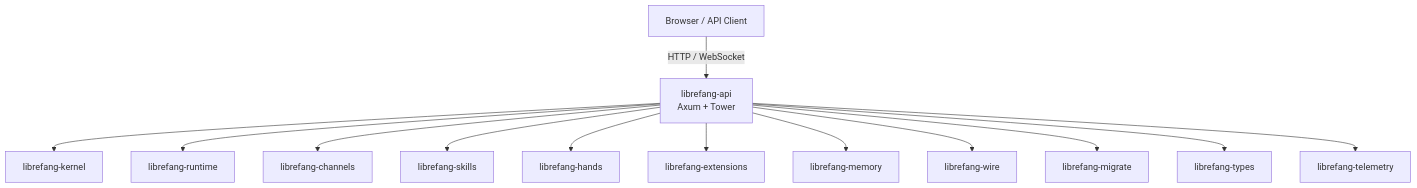
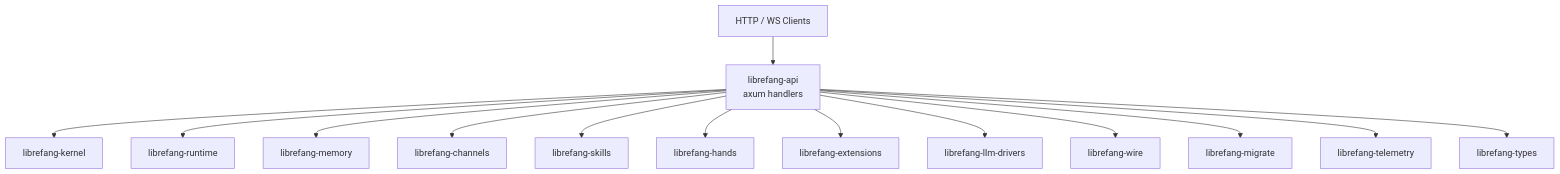
One commit to leszek3737/librefang-WIki changed the diagram in other-librefang-api.md. Above: the diagram before and after it, drawn with Mermaid. The commit also changed other lines of this file and 94 other files, not shown here.

````diff
--- a/other-librefang-api.md
+++ b/other-librefang-api.md
@@ -9,17 +11,16 @@
 ```mermaid
 graph TD
-    Client[Browser / API Client]
-    API[librefang-api<br/>Axum + Tower]
-    Client -->|HTTP / WebSocket| API
-    API --> KT[librefang-kernel]
-    API --> RT[librefang-runtime]
-    API --> CH[librefang-channels]
-    API --> SK[librefang-skills]
-    API --> HD[librefang-hands]
-    API --> EX[librefang-extensions]
-    API --> MEM[librefang-memory]
-    API --> WR[librefang-wire]
-    API --> MG[librefang-migrate]
-    API --> TY[librefang-types]
-    API --> TM[librefang-telemetry]
+    Client[HTTP / WS Clients] --> API[librefang-api<br>axum handlers]
+    API --> Kernel[librefang-kernel]
+    API --> Runtime[librefang-runtime]
+    API --> Memory[librefang-memory]
+    API --> Channels[librefang-channels]
+    API --> Skills[librefang-skills]
+    API --> Hands[librefang-hands]
+    API --> Extensions[librefang-extensions]
+    API --> LLM[librefang-llm-drivers]
+    API --> Wire[librefang-wire]
+    API --> Migrate[librefang-migrate]
+    API --> Telemetry[librefang-telemetry]
+    API --> Types[librefang-types]
 ```
````
